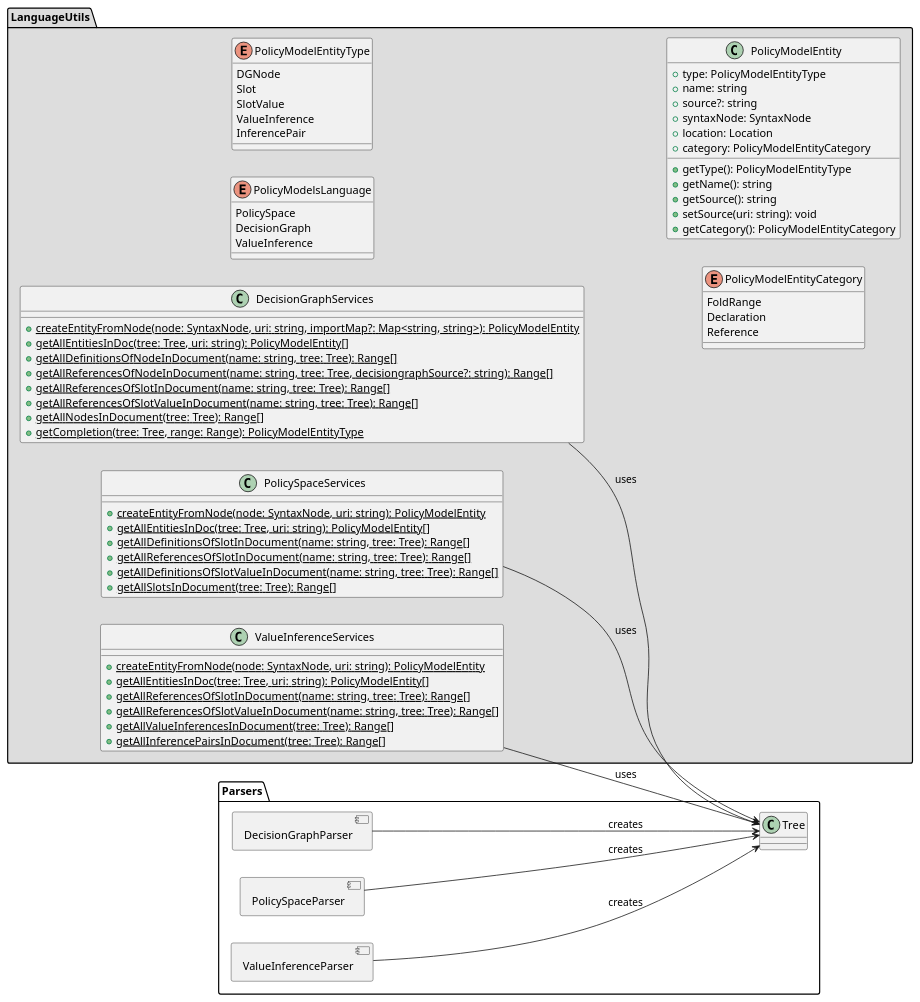
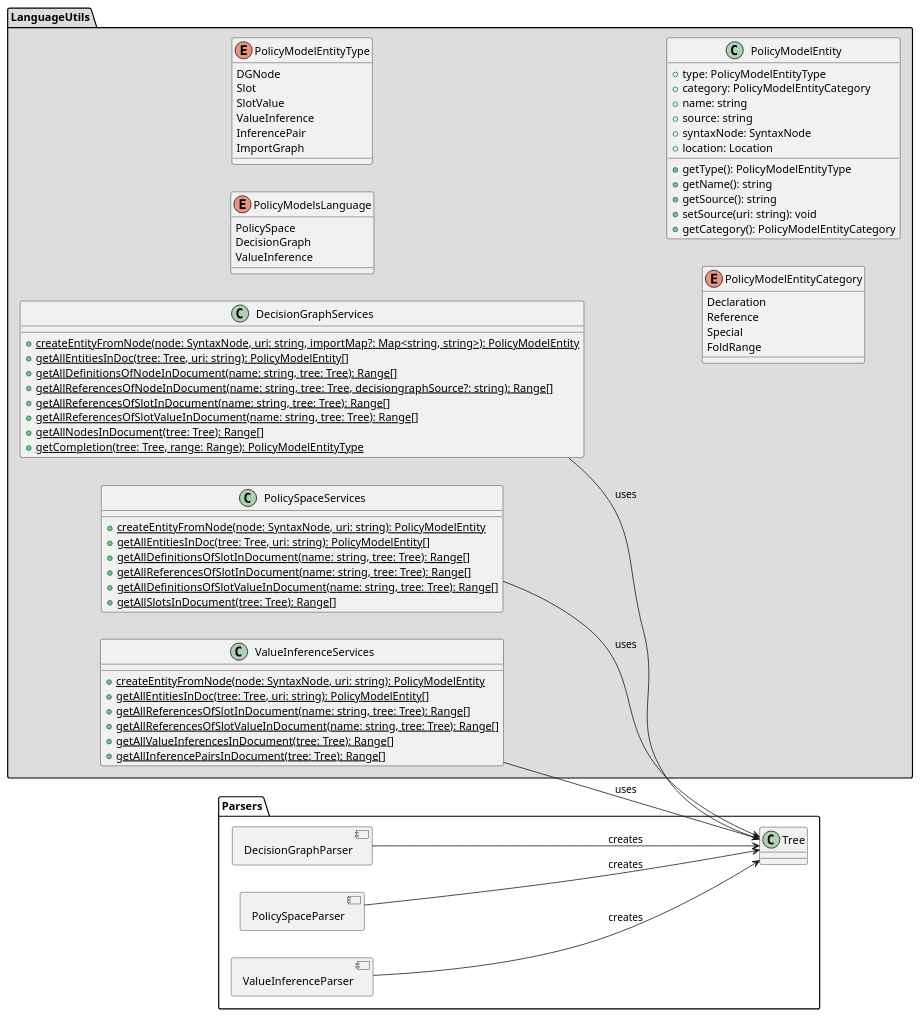
One commit to wolfj123/PolicyModelsPlugin changed the diagram in diagrams/server/LanguageUtils.puml. Above: the diagram before and after it, drawn with PlantUML. The commit also changed 2 other files, not shown here.

Commit message:
update diagrams

```diff
--- a/diagrams/server/LanguageUtils.puml
+++ b/diagrams/server/LanguageUtils.puml
@@ -1,88 +1,90 @@
 @startuml
 
 'skinparam style strictuml
 'top to bottom direction
 left to right direction
 allowmixing
 
 package LanguageUtils #DDDDDD {
     enum PolicyModelsLanguage {
         PolicySpace
         DecisionGraph
         ValueInference
     }
     enum PolicyModelEntityType {
         DGNode
         Slot
         SlotValue
         ValueInference
         InferencePair
+        ImportGraph
     }
     enum PolicyModelEntityCategory {
-        FoldRange
         Declaration
         Reference
+        Special
+        FoldRange
     }
     class PolicyModelEntity {
         +type: PolicyModelEntityType
+        +category: PolicyModelEntityCategory
         +name: string
-        +source?: string
+        +source: string
         +syntaxNode: SyntaxNode
         +location: Location
-        +category: PolicyModelEntityCategory
         +getType(): PolicyModelEntityType
         +getName(): string
         +getSource(): string
         +setSource(uri: string): void
         +getCategory(): PolicyModelEntityCategory
     }
     class DecisionGraphServices {
         +{static} createEntityFromNode(node: SyntaxNode, uri: string, importMap?: Map<string, string>): PolicyModelEntity
         +{static} getAllEntitiesInDoc(tree: Tree, uri: string): PolicyModelEntity[]
         +{static} getAllDefinitionsOfNodeInDocument(name: string, tree: Tree): Range[]
         +{static} getAllReferencesOfNodeInDocument(name: string, tree: Tree, decisiongraphSource?: string): Range[]
         +{static} getAllReferencesOfSlotInDocument(name: string, tree: Tree): Range[]
         +{static} getAllReferencesOfSlotValueInDocument(name: string, tree: Tree): Range[]
         +{static} getAllNodesInDocument(tree: Tree): Range[]
         +{static} getCompletion(tree: Tree, range: Range): PolicyModelEntityType
     }
     class PolicySpaceServices {
         +{static} createEntityFromNode(node: SyntaxNode, uri: string): PolicyModelEntity
         +{static} getAllEntitiesInDoc(tree: Tree, uri: string): PolicyModelEntity[]
         +{static} getAllDefinitionsOfSlotInDocument(name: string, tree: Tree): Range[]
         +{static} getAllReferencesOfSlotInDocument(name: string, tree: Tree): Range[]
         +{static} getAllDefinitionsOfSlotValueInDocument(name: string, tree: Tree): Range[]
         +{static} getAllSlotsInDocument(tree: Tree): Range[]
     }
     class ValueInferenceServices {
         +{static} createEntityFromNode(node: SyntaxNode, uri: string): PolicyModelEntity
         +{static} getAllEntitiesInDoc(tree: Tree, uri: string): PolicyModelEntity[]
         +{static} getAllReferencesOfSlotInDocument(name: string, tree: Tree): Range[]
         +{static} getAllReferencesOfSlotValueInDocument(name: string, tree: Tree): Range[]
         +{static} getAllValueInferencesInDocument(tree: Tree): Range[]
         +{static} getAllInferencePairsInDocument(tree: Tree): Range[]
     }
 }
 
 package Parsers {
     component DecisionGraphParser
     component PolicySpaceParser
     component ValueInferenceParser
     class Tree
 }
 
 ' note "External Libraries" as n_ext
 ' n_ext .right. Parsers
 
 ' DecisionGraphServices -right-> DecisionGraphParser
 ' PolicySpaceServices -right-> PolicySpaceParser
 ' ValueInferenceServices -right-> ValueInferenceParser
 DecisionGraphServices --> Tree : "uses"
 PolicySpaceServices --> Tree : uses
 ValueInferenceServices --> Tree : uses
 DecisionGraphParser --> Tree : "creates"
 PolicySpaceParser --> Tree : "creates"
 ValueInferenceParser --> Tree : "creates"
 
 
 @enduml
```
